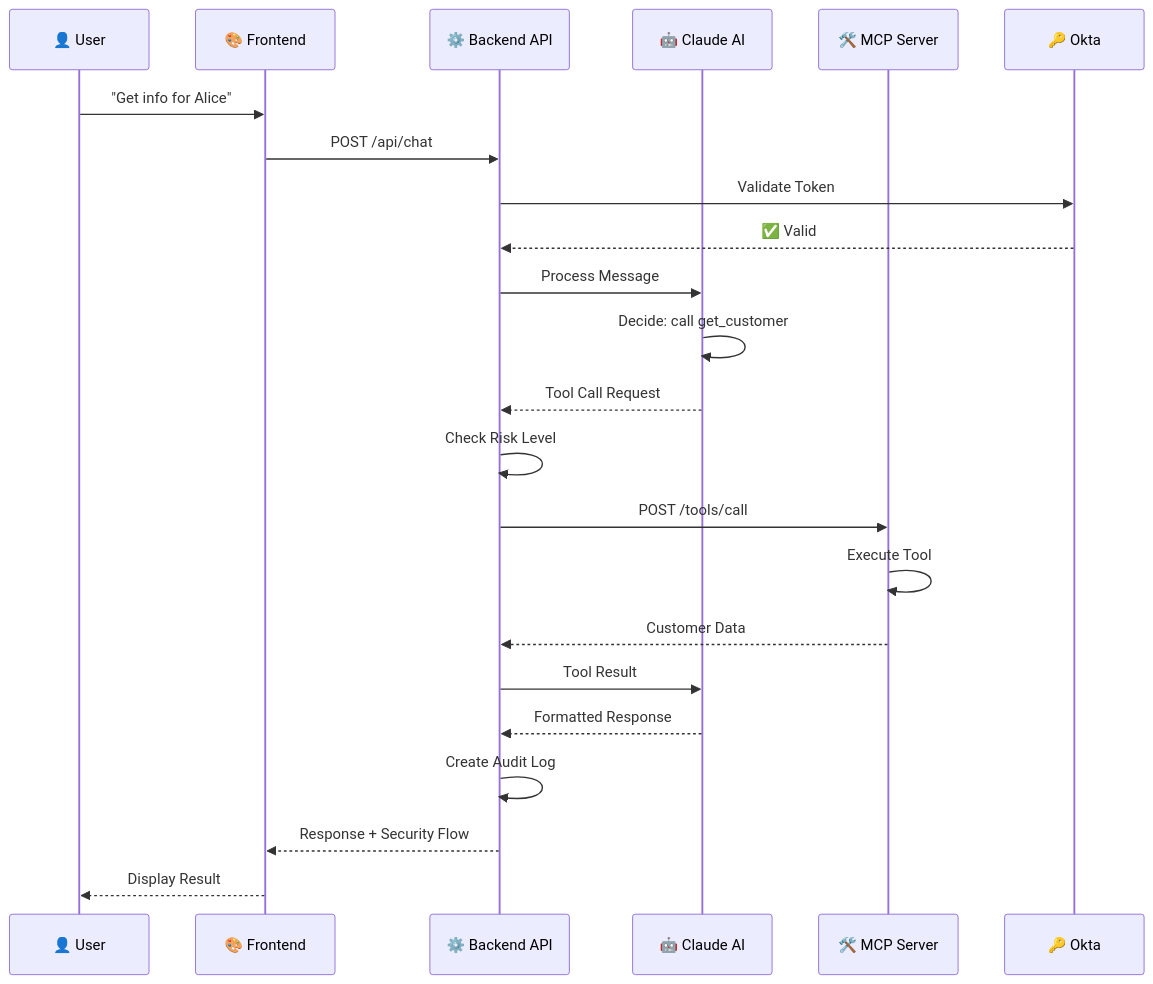
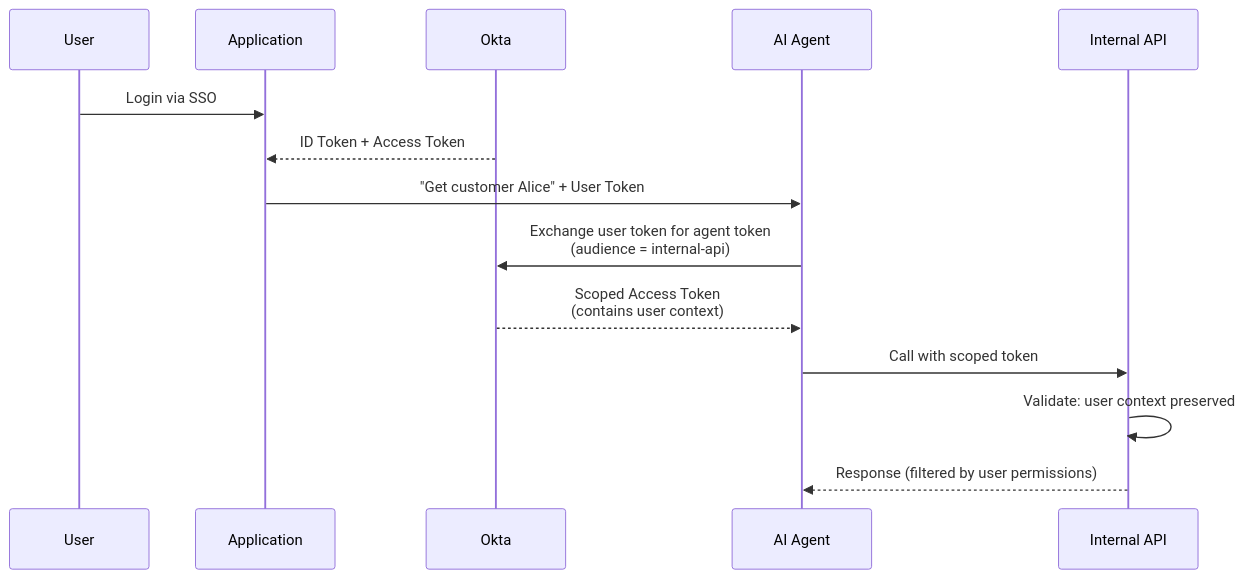
Before and after one commit to kunkol/okta-ai-agent-demo: the second of 12 diagrams in DOCUMENTATION.md, drawn with Mermaid. The commit also changed other lines of this file, not shown here.

Commit message:
Update documentation with customer security outcomes

````diff
--- a/DOCUMENTATION.md
+++ b/DOCUMENTATION.md
@@ -144,26 +73,17 @@
 ```mermaid
 sequenceDiagram
-    participant U as 👤 User
-    participant F as 🎨 Frontend
-    participant B as ⚙️ Backend API
-    participant C as 🤖 Claude AI
-    participant M as 🛠️ MCP Server
-    participant O as 🔑 Okta
-    
-    U->>F: "Get info for Alice"
-    F->>B: POST /api/chat
-    B->>O: Validate Token
-    O-->>B: ✅ Valid
-    B->>C: Process Message
-    C->>C: Decide: call get_customer
-    C-->>B: Tool Call Request
-    B->>B: Check Risk Level
-    B->>M: POST /tools/call
-    M->>M: Execute Tool
-    M-->>B: Customer Data
-    B->>C: Tool Result
-    C-->>B: Formatted Response
-    B->>B: Create Audit Log
-    B-->>F: Response + Security Flow
-    F-->>U: Display Result
+    participant U as User
+    participant App as Application
+    participant Okta as Okta
+    participant Agent as AI Agent
+    participant API as Internal API
+
+    U->>App: Login via SSO
+    Okta-->>App: ID Token + Access Token
+    App->>Agent: "Get customer Alice" + User Token
+    Agent->>Okta: Exchange user token for agent token<br/>(audience = internal-api)
+    Okta-->>Agent: Scoped Access Token<br/>(contains user context)
+    Agent->>API: Call with scoped token
+    API->>API: Validate: user context preserved
+    API-->>Agent: Response (filtered by user permissions)
 ```
````
